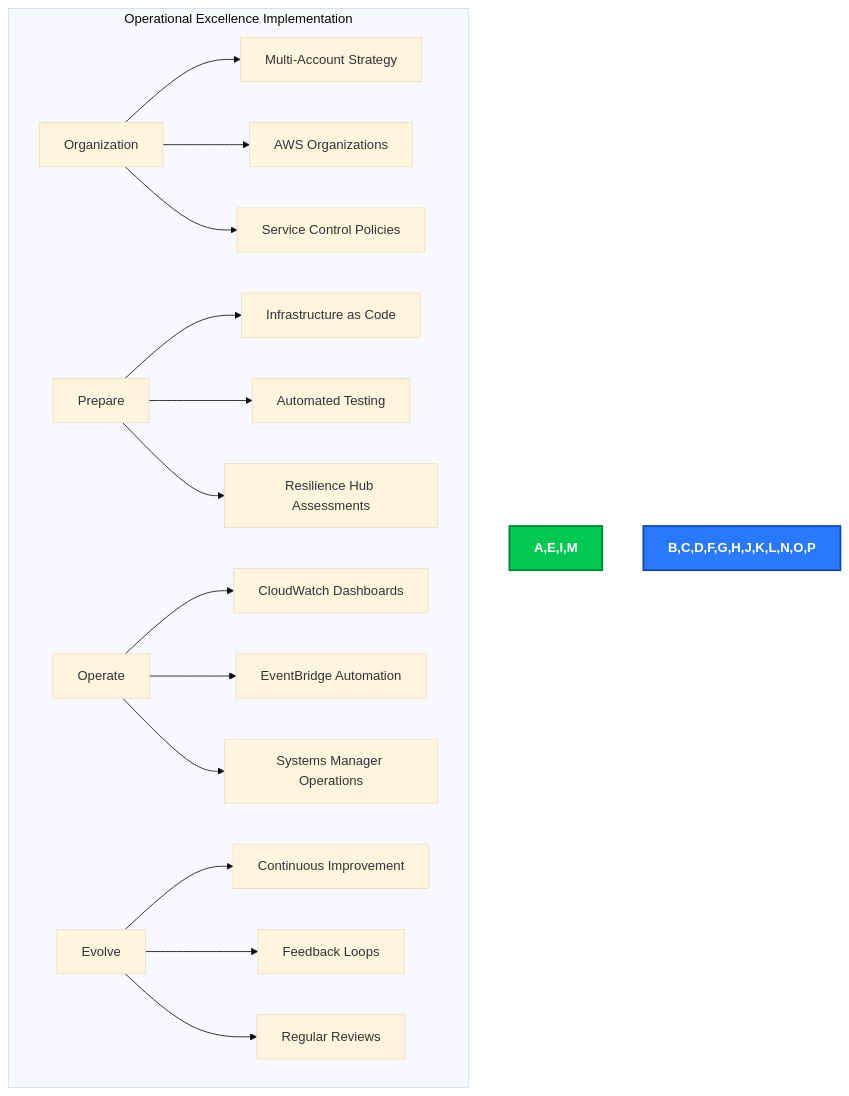
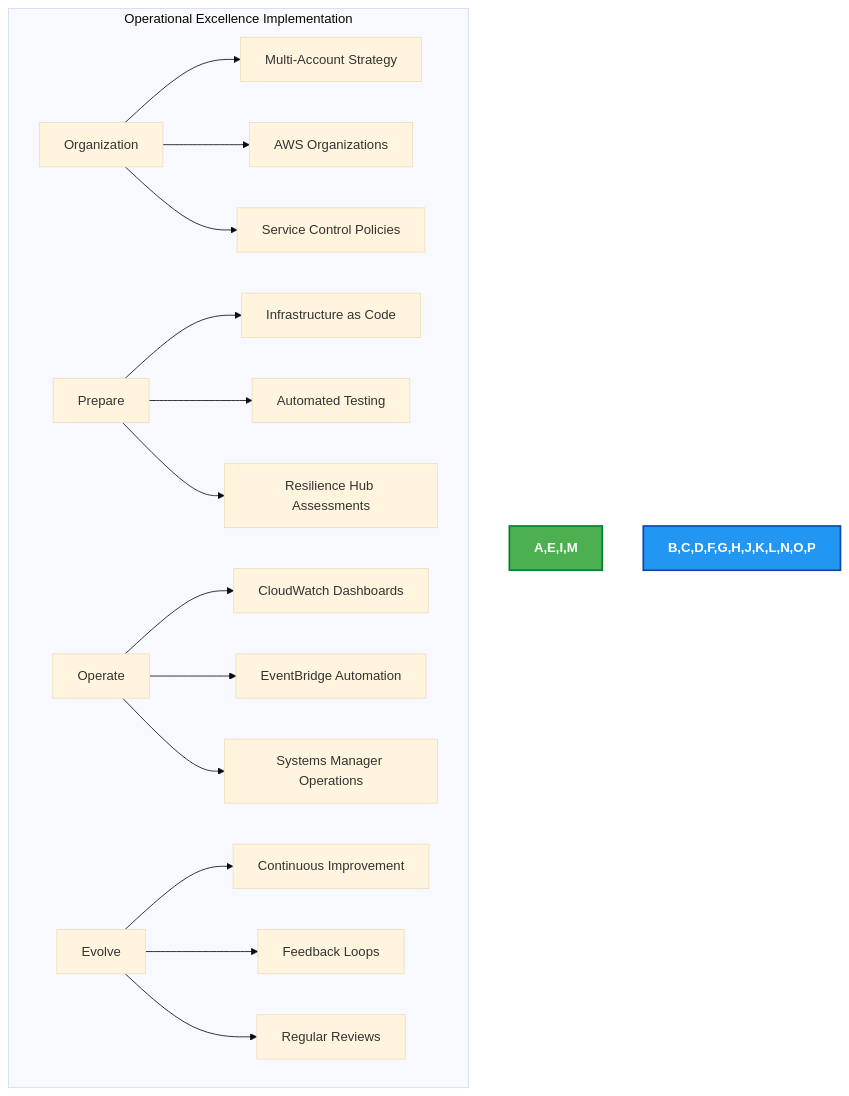
The seventh of 11 diagrams in docs/architecture/FUTURE_ARCHITECTURE.md (step-security-bot/cia-compliance-manager), drawn with Mermaid (base theme) before and after one commit. The commit also changed other lines of this file and 27 other files, not shown here.

First line of the commit message:
fix: resolve broken mermaid diagrams and improve color coding to match ISMS style guide (#1106)

````diff
--- a/docs/architecture/FUTURE_ARCHITECTURE.md
+++ b/docs/architecture/FUTURE_ARCHITECTURE.md
@@ -435,23 +435,23 @@
 ```mermaid
 flowchart TD
     subgraph "Operational Excellence Implementation"
         A[Organization] --> B[Multi-Account Strategy]
         A --> C[AWS Organizations]
         A --> D[Service Control Policies]
         
         E[Prepare] --> F[Infrastructure as Code]
         E --> G[Automated Testing]
         E --> H[Resilience Hub Assessments]
         
         I[Operate] --> J[CloudWatch Dashboards]
         I --> K[EventBridge Automation]
         I --> L[Systems Manager Operations]
         
         M[Evolve] --> N[Continuous Improvement]
         M --> O[Feedback Loops]
         M --> P[Regular Reviews]
     end
 
-    style A,E,I,M fill:#00C853,stroke:#007E33,stroke-width:2px,color:white,font-weight:bold
-    style B,C,D,F,G,H,J,K,L,N,O,P fill:#2979FF,stroke:#0D47A1,stroke-width:2px,color:white,font-weight:bold
+    style A,E,I,M fill:#4CAF50,stroke:#007E33,stroke-width:2px,color:white,font-weight:bold
+    style B,C,D,F,G,H,J,K,L,N,O,P fill:#2196F3,stroke:#0D47A1,stroke-width:2px,color:white,font-weight:bold
 ```
````
